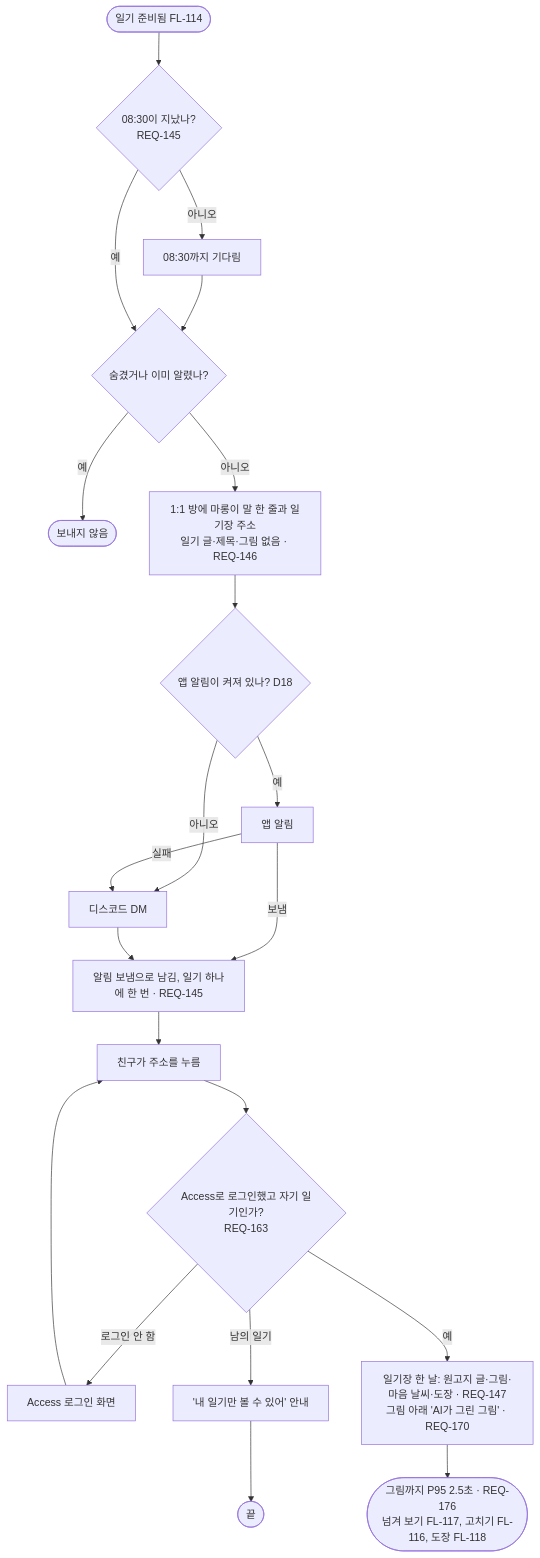
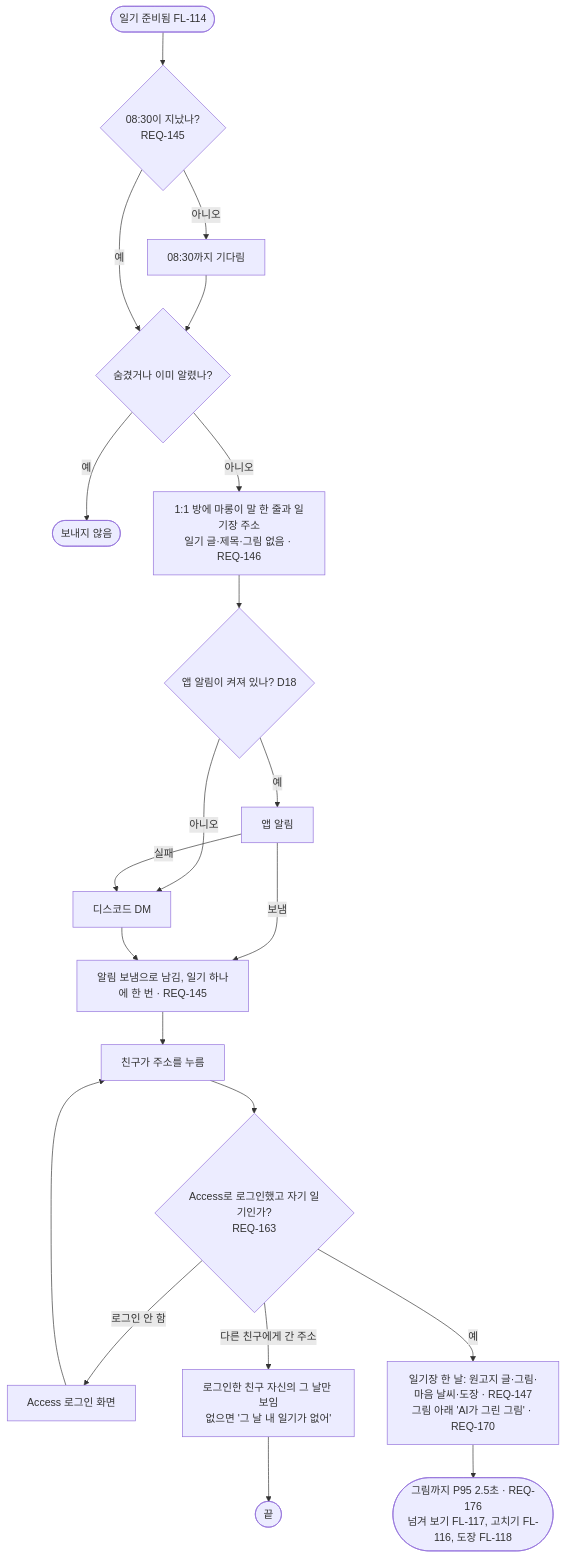
Before and after one commit to kodonghui/marong2: the diagram in docs/03-user-flow/FL-115-diary-morning.md, drawn with Mermaid. The commit also changed 7 other files, not shown here.

````diff
--- a/docs/03-user-flow/FL-115-diary-morning.md
+++ b/docs/03-user-flow/FL-115-diary-morning.md
@@ -7,20 +7,20 @@
 ```mermaid
 flowchart TD
   A(["일기 준비됨 FL-114"]) --> B{"08:30이 지났나?<br/>REQ-145"}
   B -->|아니오| B1["08:30까지 기다림"] --> C
   B -->|예| C{"숨겼거나 이미 알렸나?"}
   C -->|예| Z(["보내지 않음"])
   C -->|아니오| D["1:1 방에 마롱이 말 한 줄과 일기장 주소<br/>일기 글·제목·그림 없음 · REQ-146"]
   D --> E{"앱 알림이 켜져 있나? D18"}
   E -->|예| F["앱 알림"]
   E -->|아니오| G["디스코드 DM"]
   F -->|실패| G
   F -->|보냄| H["알림 보냄으로 남김, 일기 하나에 한 번 · REQ-145"]
   G --> H
   H --> I["친구가 주소를 누름"]
   I --> J{"Access로 로그인했고 자기 일기인가?<br/>REQ-163"}
   J -->|"로그인 안 함"| J1["Access 로그인 화면"] --> I
-  J -->|"남의 일기"| J2["'내 일기만 볼 수 있어' 안내"] --> Z2(["끝"])
+  J -->|"다른 친구에게 간 주소"| J2["로그인한 친구 자신의 그 날만 보임<br/>없으면 '그 날 내 일기가 없어'"] --> Z2(["끝"])
   J -->|예| K["일기장 한 날: 원고지 글·그림·마음 날씨·도장 · REQ-147<br/>그림 아래 'AI가 그린 그림' · REQ-170"]
   K --> L(["그림까지 P95 2.5초 · REQ-176<br/>넘겨 보기 FL-117, 고치기 FL-116, 도장 FL-118"])
 ```
````
